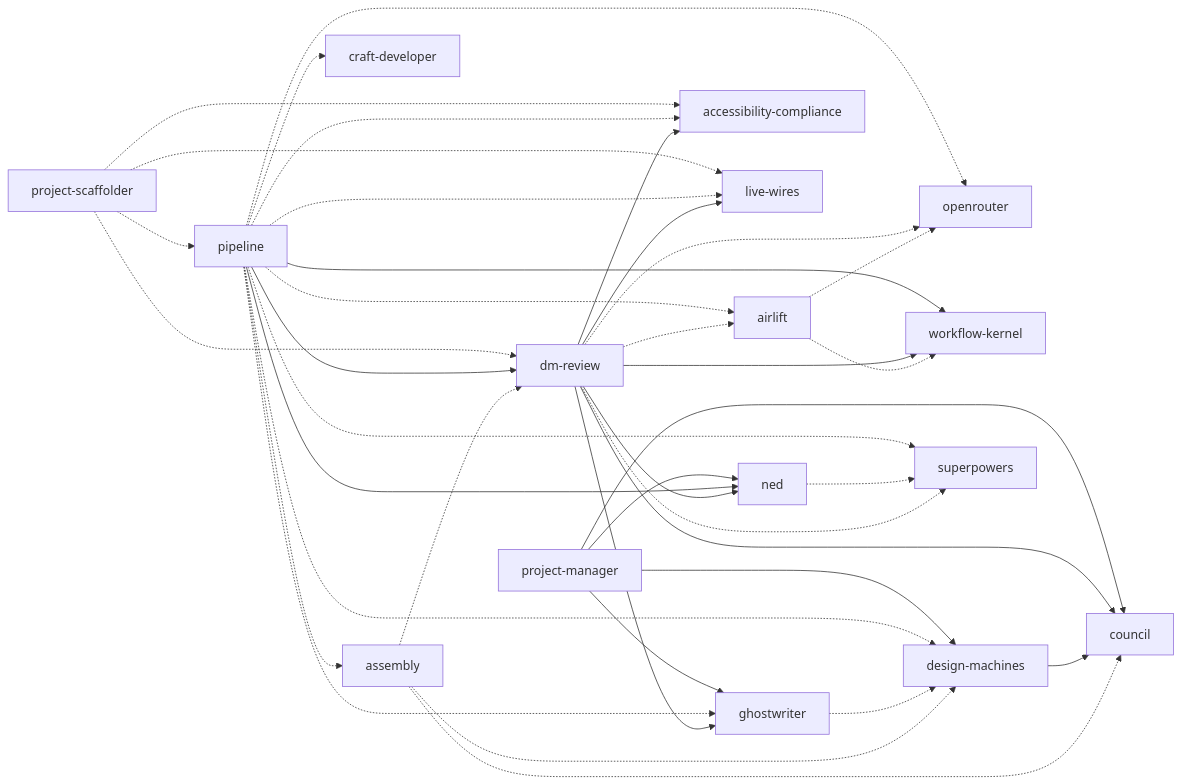
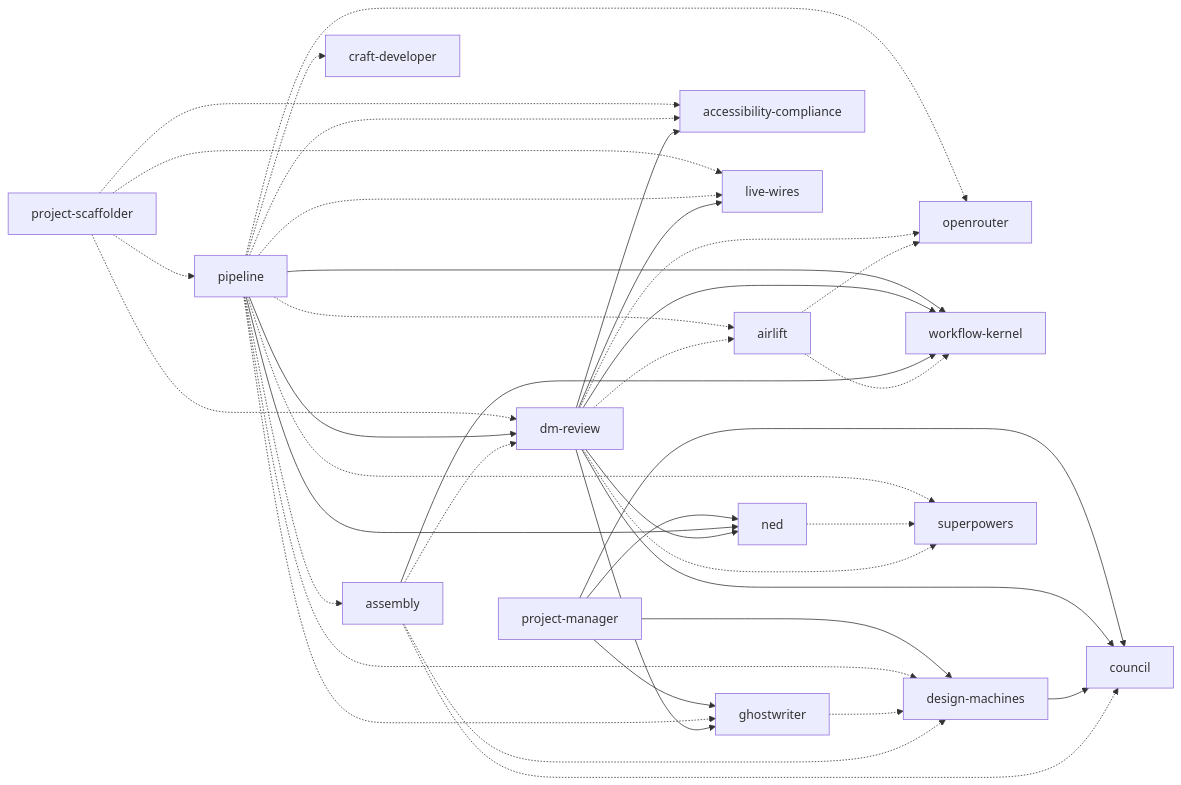
The diagram in docs/dependency-graph.md (Design-Machines-Studio/depot), drawn with Mermaid before and after one commit. The commit also changed other lines of this file and 46 other files, not shown here.

````diff
--- a/docs/dependency-graph.md
+++ b/docs/dependency-graph.md
@@ -5,40 +5,41 @@
 ```mermaid
 graph LR
   airlift -.-> openrouter
   airlift -.-> workflow-kernel
+  assembly --> workflow-kernel
   assembly -.-> council
   assembly -.-> design-machines
   assembly -.-> dm-review
   design-machines --> council
   dm-review --> accessibility-compliance
   dm-review --> live-wires
   dm-review --> ghostwriter
   dm-review --> council
   dm-review --> ned
   dm-review --> workflow-kernel
   dm-review -.-> superpowers
   dm-review -.-> airlift
   dm-review -.-> openrouter
   ghostwriter -.-> design-machines
   ned -.-> superpowers
   pipeline --> dm-review
   pipeline --> ned
   pipeline --> workflow-kernel
   pipeline -.-> design-machines
   pipeline -.-> assembly
   pipeline -.-> live-wires
   pipeline -.-> craft-developer
   pipeline -.-> accessibility-compliance
   pipeline -.-> ghostwriter
   pipeline -.-> superpowers
   pipeline -.-> airlift
   pipeline -.-> openrouter
   project-manager --> ned
   project-manager --> design-machines
   project-manager --> ghostwriter
   project-manager --> council
   project-scaffolder -.-> live-wires
   project-scaffolder -.-> dm-review
   project-scaffolder -.-> pipeline
   project-scaffolder -.-> accessibility-compliance
 ```
````
